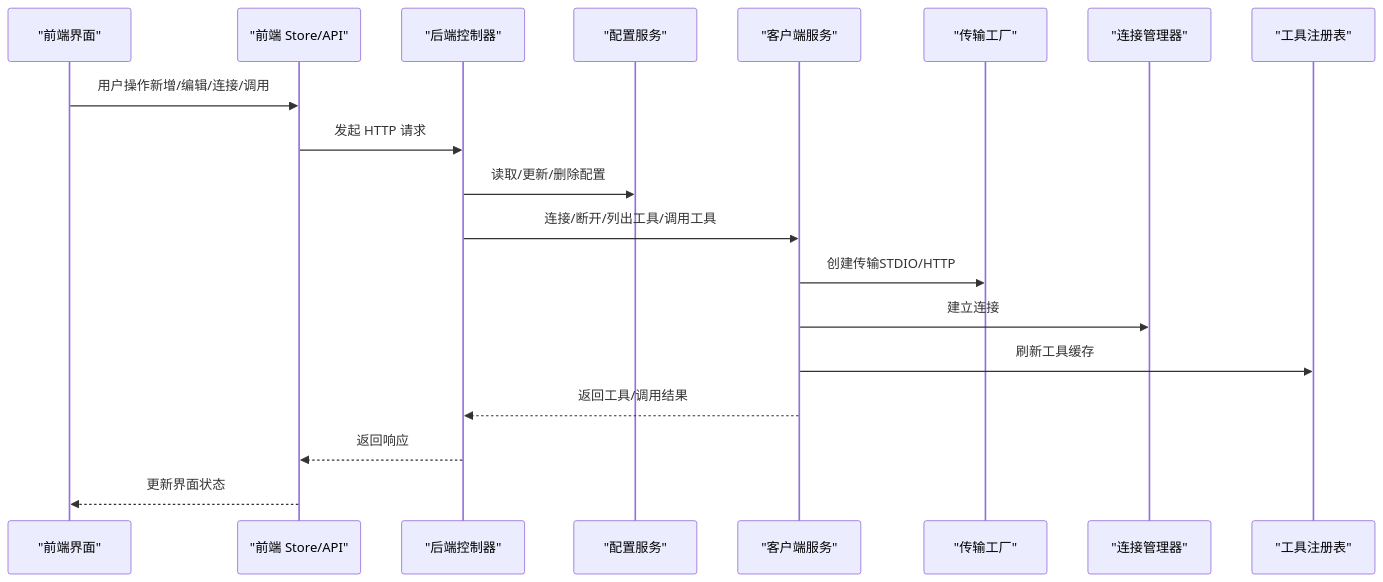
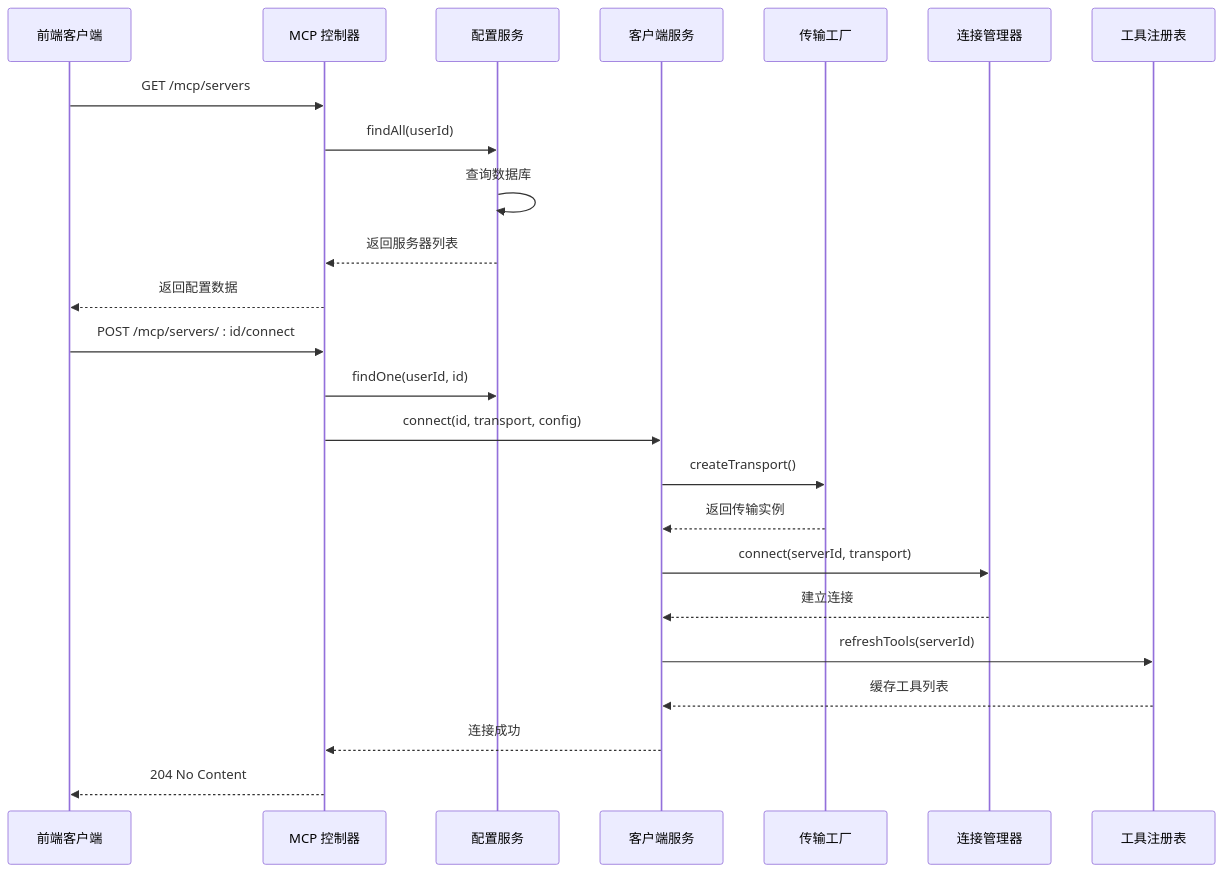
The second of 6 diagrams in .qoder/repowiki/zh/content/API 接口文档/MCP 协议 API.md (xixixiaoyu/Todo), drawn with Mermaid before and after one commit. The commit also changed other lines of this file and 77 other files, not shown here.

````diff
--- a/.qoder/repowiki/zh/content/API 接口文档/MCP 协议 API.md
+++ b/.qoder/repowiki/zh/content/API 接口文档/MCP 协议 API.md
@@ -134,21 +144,26 @@
 ```mermaid
 sequenceDiagram
-participant UI as "前端界面"
-participant FE as "前端 Store/API"
-participant BE as "后端控制器"
-participant CFG as "配置服务"
-participant CLI as "客户端服务"
-participant TRF as "传输工厂"
-participant CON as "连接管理器"
-participant REG as "工具注册表"
-UI->>FE : 用户操作新增/编辑/连接/调用
-FE->>BE : 发起 HTTP 请求
-BE->>CFG : 读取/更新/删除配置
-BE->>CLI : 连接/断开/列出工具/调用工具
-CLI->>TRF : 创建传输STDIO/HTTP
-CLI->>CON : 建立连接
-CLI->>REG : 刷新工具缓存
-CLI-->>BE : 返回工具/调用结果
-BE-->>FE : 返回响应
-FE-->>UI : 更新界面状态
+participant Client as 前端客户端
+participant Controller as MCP 控制器
+participant ConfigService as 配置服务
+participant ClientService as 客户端服务
+participant Transport as 传输工厂
+participant Connection as 连接管理器
+participant Registry as 工具注册表
+Client->>Controller : GET /mcp/servers
+Controller->>ConfigService : findAll(userId)
+ConfigService->>ConfigService : 查询数据库
+ConfigService-->>Controller : 返回服务器列表
+Controller-->>Client : 返回配置数据
+Client->>Controller : POST /mcp/servers/ : id/connect
+Controller->>ConfigService : findOne(userId, id)
+Controller->>ClientService : connect(id, transport, config)
+ClientService->>Transport : createTransport()
+Transport-->>ClientService : 返回传输实例
+ClientService->>Connection : connect(serverId, transport)
+Connection-->>ClientService : 建立连接
+ClientService->>Registry : refreshTools(serverId)
+Registry-->>ClientService : 缓存工具列表
+ClientService-->>Controller : 连接成功
+Controller-->>Client : 204 No Content
 ```
````
